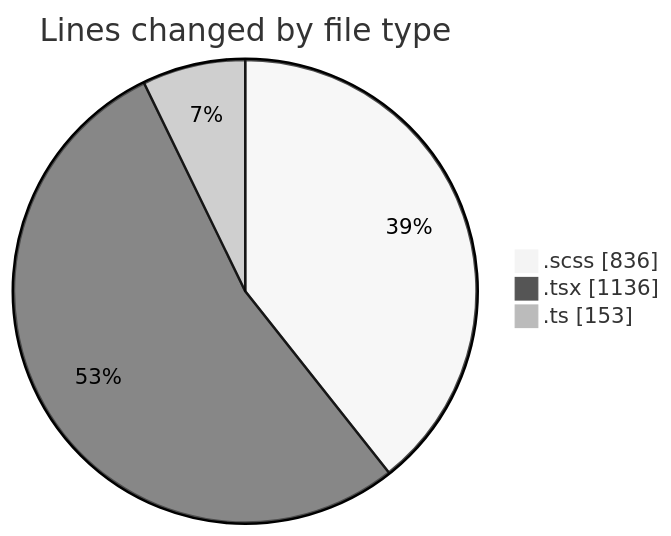
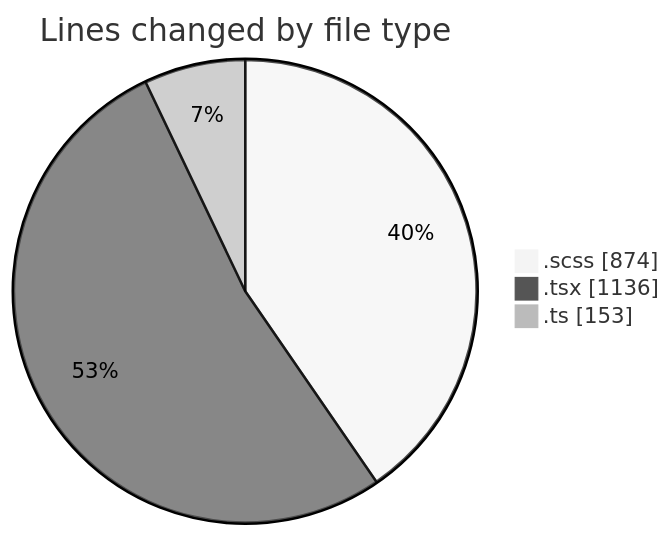
The first of 2 diagrams in 2025-03-28/cda/README.md (momahboobian/code-tracking), drawn with Mermaid (neutral theme) before and after one commit. The commit also changed other lines of this file and 1 other file, not shown here.

````diff
--- a/2025-03-28/cda/README.md
+++ b/2025-03-28/cda/README.md
@@ -26,7 +26,7 @@
 ```mermaid
 pie showData
 title Lines changed by file type
-".scss" : 836
+".scss" : 874
 ".tsx" : 1136
 ".ts" : 153
 ```
````
